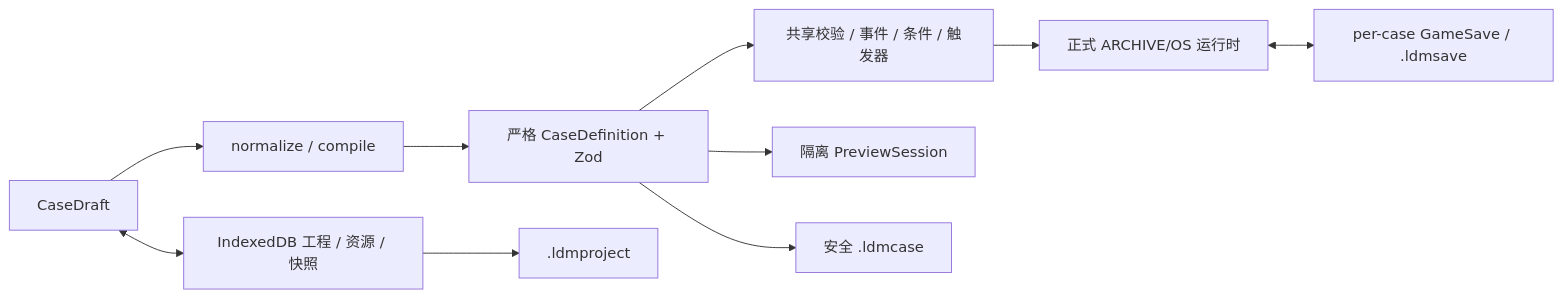
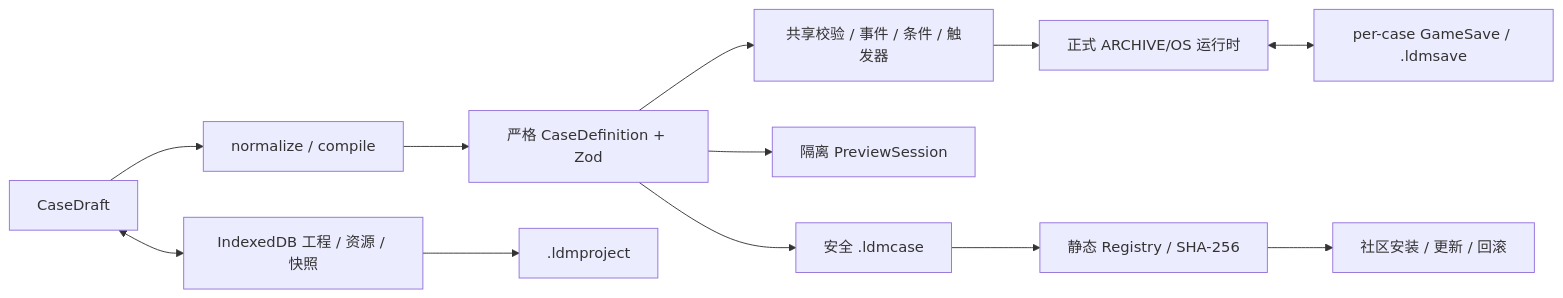
The diagram in README.md (PHLXXX/lost-desktop-museum), drawn with Mermaid before and after one commit. The commit also changed other lines of this file and 126 other files, not shown here.

````diff
--- a/README.md
+++ b/README.md
@@ -76,12 +83,14 @@
 ```mermaid
 flowchart LR
   A[CaseDraft] --> B[normalize / compile]
   B --> C[严格 CaseDefinition + Zod]
   C --> D[共享校验 / 事件 / 条件 / 触发器]
   D --> E[正式 ARCHIVE/OS 运行时]
   A <--> F[IndexedDB 工程 / 资源 / 快照]
   C --> G[隔离 PreviewSession]
   C --> H[安全 .ldmcase]
+  H --> K[静态 Registry / SHA-256]
+  K --> L[社区安装 / 更新 / 回滚]
   F --> I[.ldmproject]
   E <--> J[per-case GameSave / .ldmsave]
 ```
````
